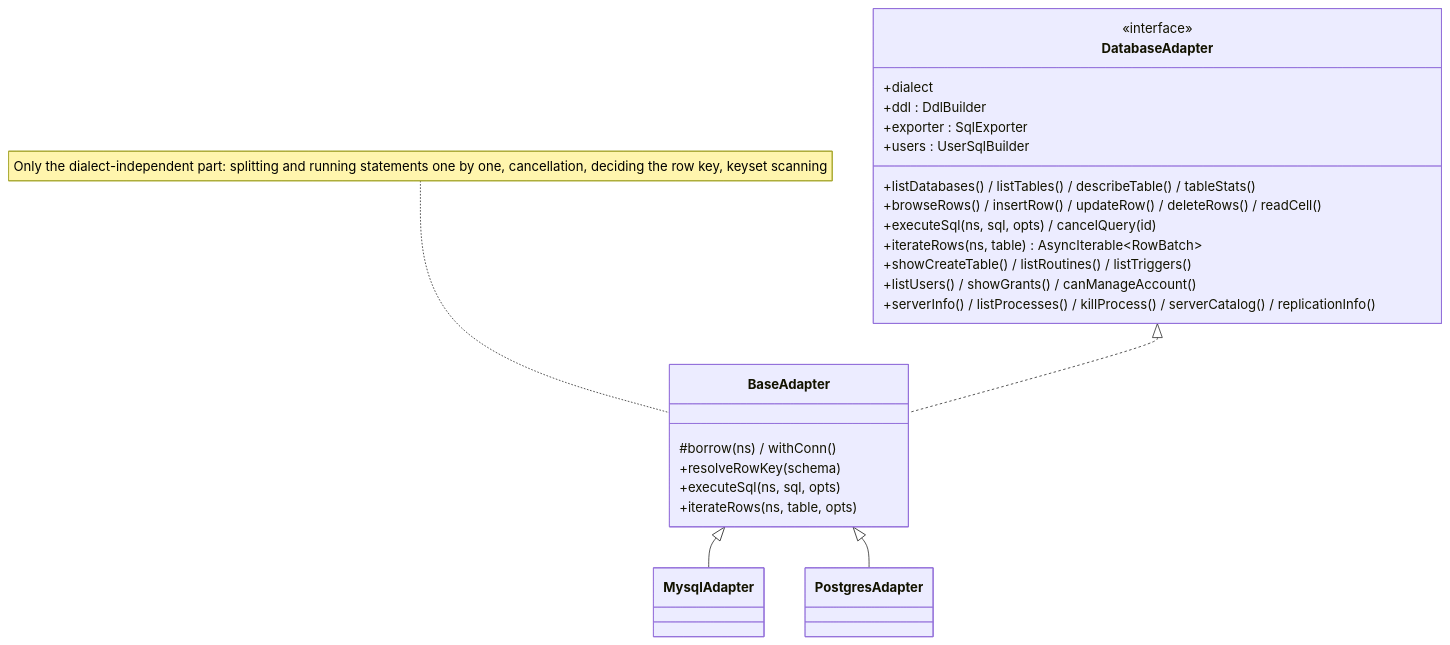
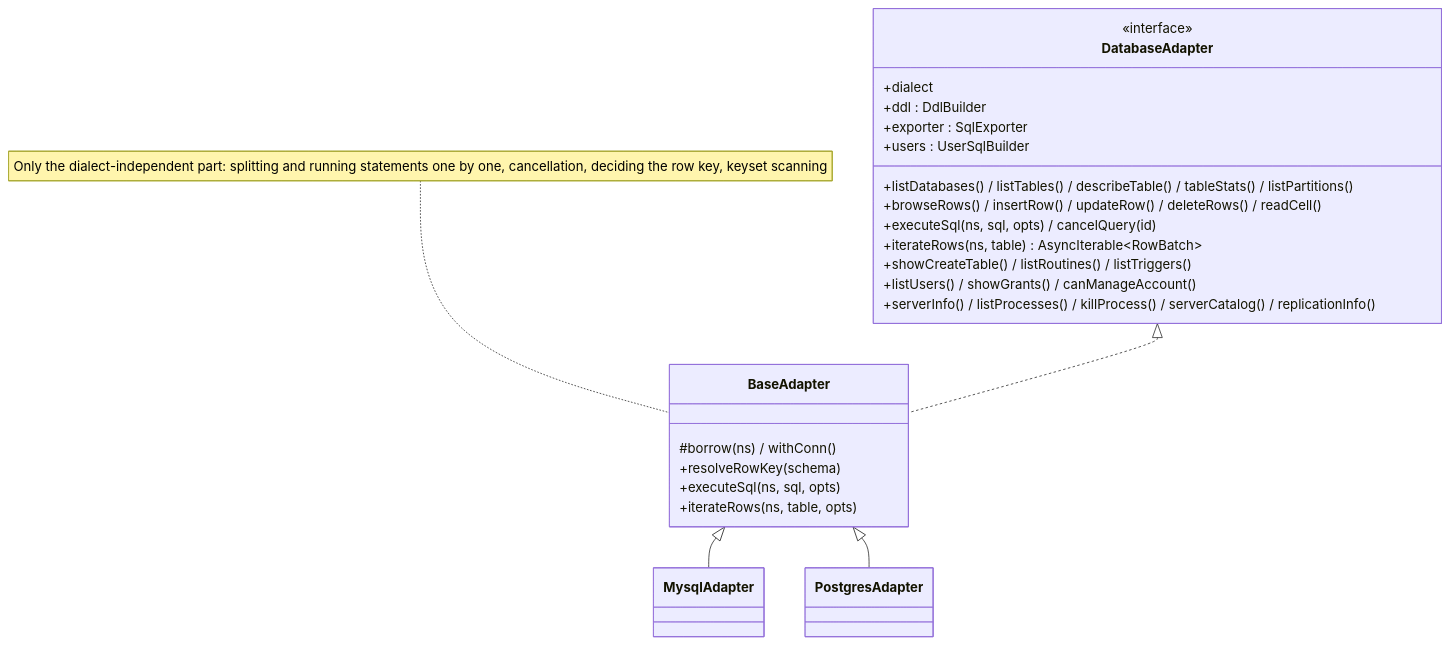
One commit to ip-san/tsmyadmin changed the third of 11 diagrams in docs/en/architecture.md. Above: the diagram before and after it, drawn with Mermaid. The commit also changed other lines of this file and 33 other files, not shown here.

````diff
--- a/docs/en/architecture.md
+++ b/docs/en/architecture.md
@@ -74,29 +74,29 @@
 ```mermaid
 classDiagram
   class DatabaseAdapter {
     <<interface>>
     +dialect
-    +listDatabases() / listTables() / describeTable() / tableStats()
+    +listDatabases() / listTables() / describeTable() / tableStats() / listPartitions()
     +browseRows() / insertRow() / updateRow() / deleteRows() / readCell()
     +executeSql(ns, sql, opts) / cancelQuery(id)
     +iterateRows(ns, table) AsyncIterable~RowBatch~
     +showCreateTable() / listRoutines() / listTriggers()
     +listUsers() / showGrants() / canManageAccount()
     +serverInfo() / listProcesses() / killProcess() / serverCatalog() / replicationInfo()
     +ddl : DdlBuilder
     +exporter : SqlExporter
     +users : UserSqlBuilder
   }
   class BaseAdapter {
     #borrow(ns) / withConn()
     +resolveRowKey(schema)
     +executeSql(ns, sql, opts)
     +iterateRows(ns, table, opts)
   }
   note for BaseAdapter "Only the dialect-independent part: splitting and running statements one by one, cancellation, deciding the row key, keyset scanning"
   class MysqlAdapter
   class PostgresAdapter
   DatabaseAdapter <|.. BaseAdapter
   BaseAdapter <|-- MysqlAdapter
   BaseAdapter <|-- PostgresAdapter
 ```
````
